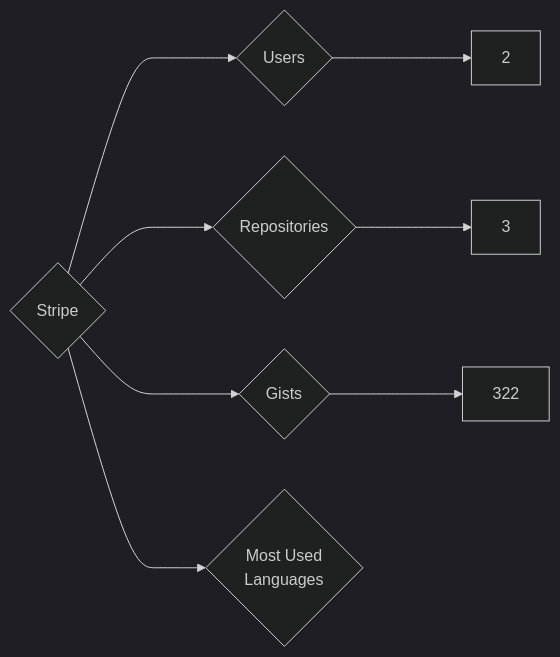
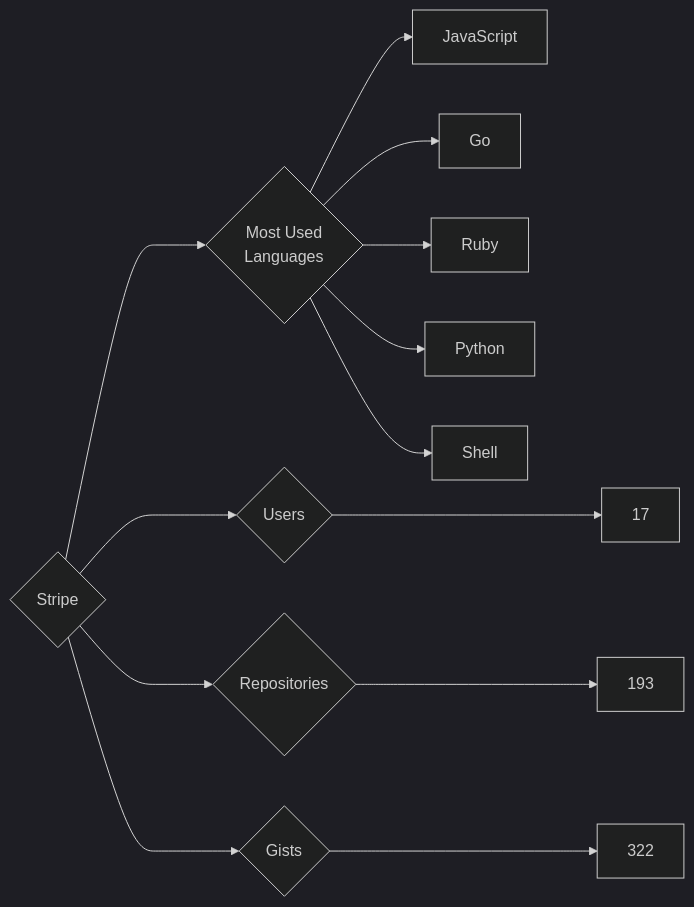
Before and after one commit to trickest/insiders: the diagram in targets/Stripe/README.md, drawn with Mermaid (dark theme). The commit also changed 681 other files, not shown here.

````diff
--- a/targets/Stripe/README.md
+++ b/targets/Stripe/README.md
@@ -3,8 +3,13 @@
 ```mermaid
 graph LR
 COMPANY_NAME{Stripe}
-COMPANY_NAME ---> U{Users} ---> UN[2]
-COMPANY_NAME ---> R{Repositories} ---> RN[3]
+COMPANY_NAME ---> U{Users} ---> UN[17]
+COMPANY_NAME ---> R{Repositories} ---> RN[193]
 COMPANY_NAME ---> G{Gists} ---> GN[322]
 COMPANY_NAME ---> ML{Most Used<br>Languages}
+ML --> JavaScript[JavaScript]
+ML --> Go[Go]
+ML --> Ruby[Ruby]
+ML --> Python[Python]
+ML --> Shell[Shell]
 ```
````
